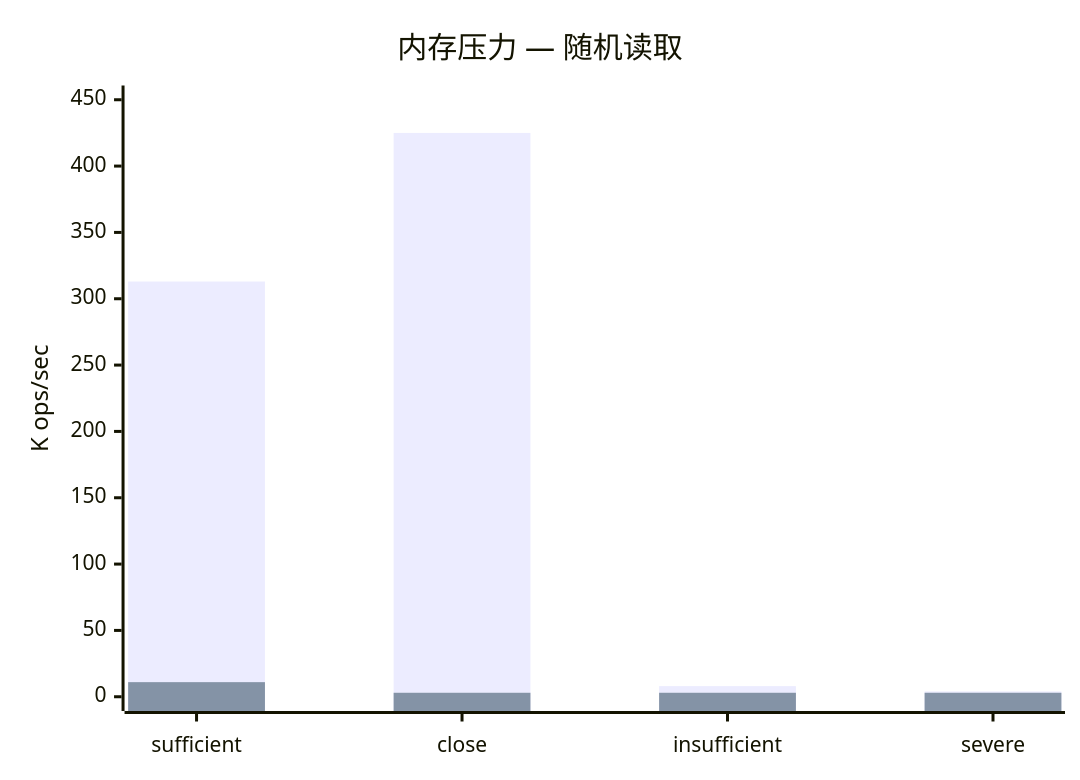
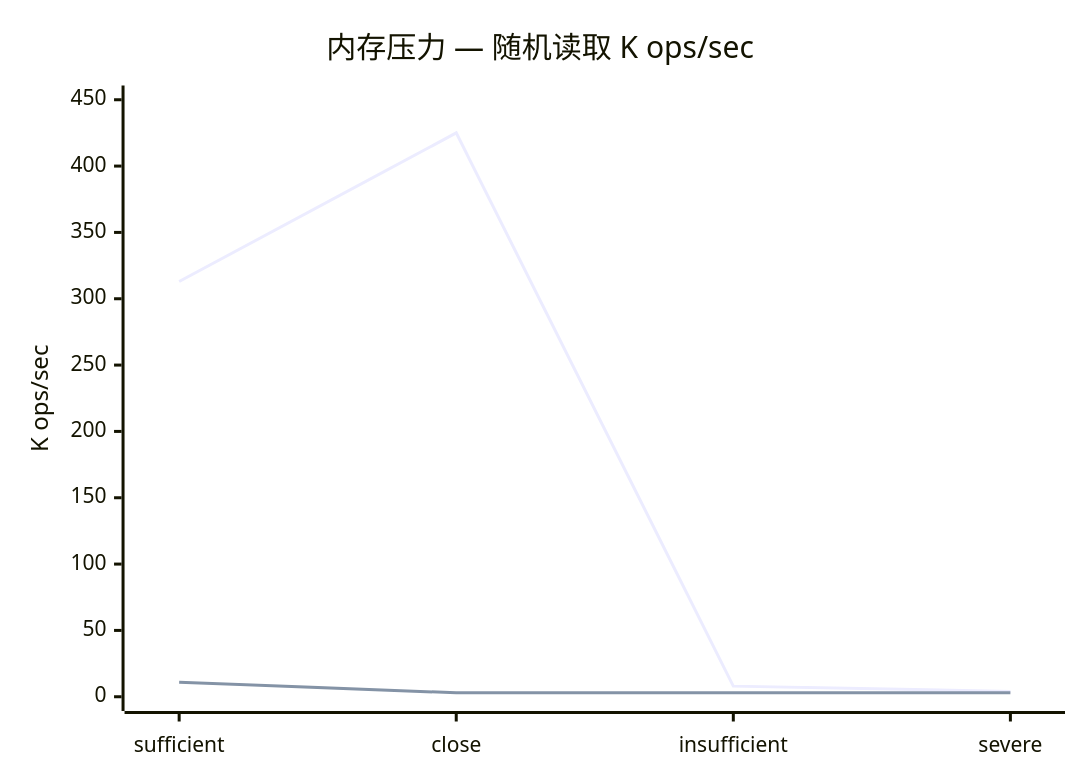
Before and after one commit to bangbang93/playground.js: the seventh of 16 diagrams in packages/db-bench/README.md, drawn with Mermaid. The commit also changed other lines of this file, not shown here.

First line of the commit message:
docs(db-bench): replace stacked bars with ratio lines in Mermaid charts

````diff
--- a/packages/db-bench/README.md
+++ b/packages/db-bench/README.md
@@ -273,8 +285,8 @@
 ```mermaid
 xychart-beta
-    title "内存压力 — 随机读取"
+    title "内存压力 — 随机读取 K ops/sec"
     x-axis ["sufficient", "close", "insufficient", "severe"]
     y-axis "K ops/sec" 0 --> 450
-    bar [313, 425, 8, 4]
-    bar [11, 3, 3, 3]
+    line [313, 425, 8, 4]
+    line [11, 3, 3, 3]
 ```
````
